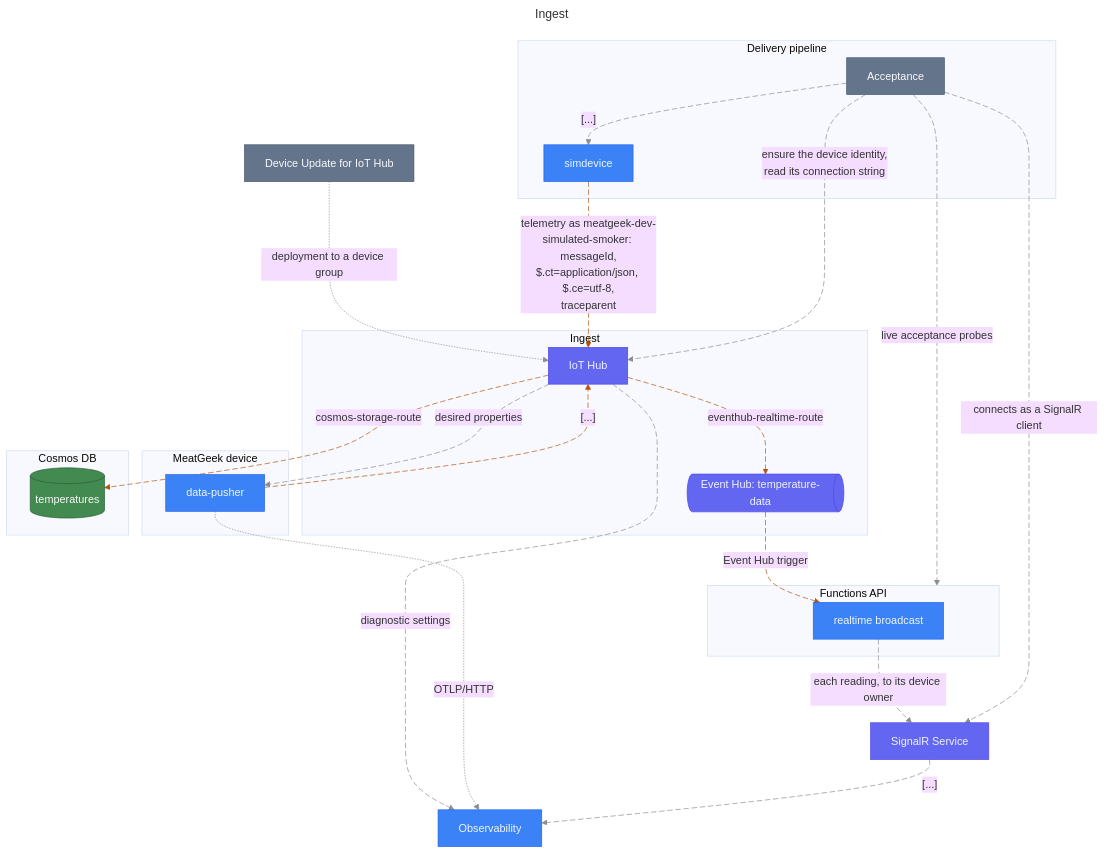
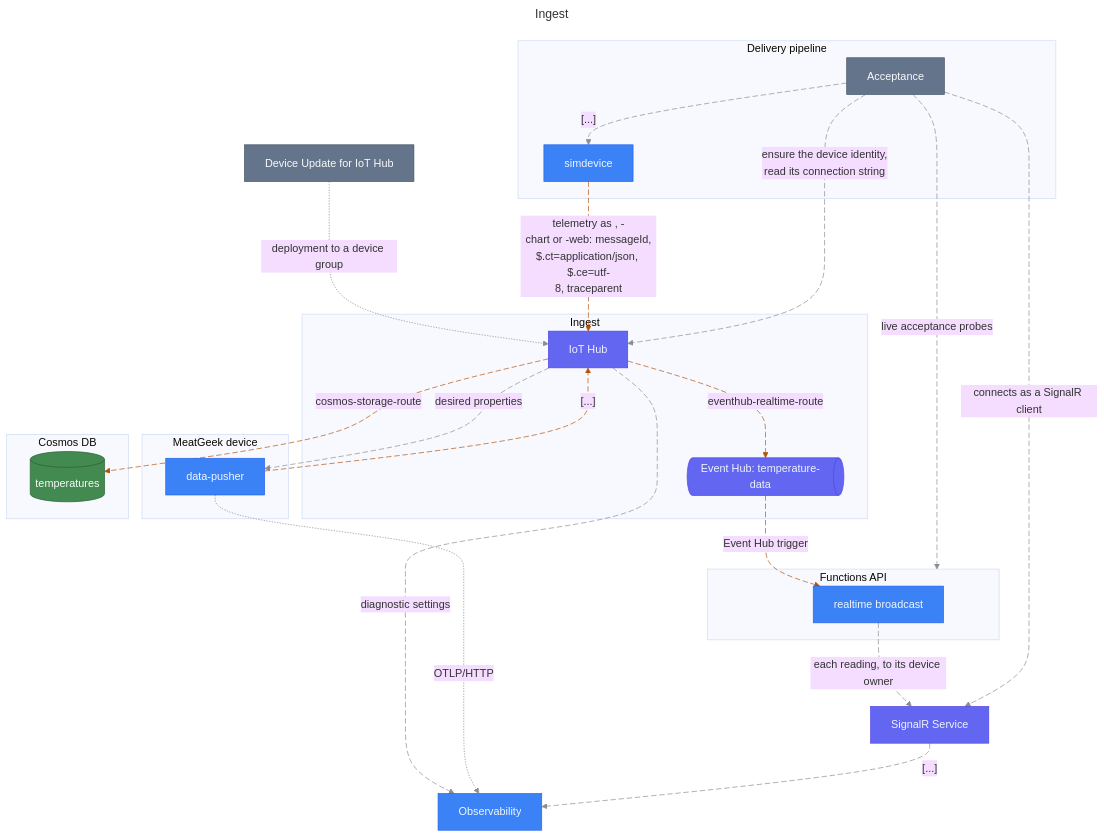
Before and after one commit to stevebargelt/meatgeekv2: the seventh of 17 diagrams in docs/architecture/diagrams.md, drawn with Mermaid (base theme). The commit also changed other lines of this file and 11 other files, not shown here.

First line of the commit message:
docs(architecture): HAR-103 draw the live web app, the chart read model, Vercel and the browser tests

````diff
--- a/docs/architecture/diagrams.md
+++ b/docs/architecture/diagrams.md
@@ -552,58 +608,58 @@
 ```mermaid
 ---
 title: "Ingest"
 ---
 graph TB
   MeatgeekCloudDeviceupdate@{ shape: rectangle, label: "Device Update for IoT Hub" }
   subgraph Delivery["`Delivery pipeline`"]
     Delivery.Acceptance@{ shape: rectangle, label: "Acceptance" }
     Delivery.Simdevice@{ shape: rectangle, label: "simdevice" }
   end
   subgraph MeatgeekCloudIngest["`Ingest`"]
     MeatgeekCloudIngest.Iothub@{ shape: rectangle, label: "IoT Hub" }
     MeatgeekCloudIngest.Eventhub@{ shape: horizontal-cylinder, label: "Event Hub: temperature-data" }
   end
   subgraph MeatgeekEdge["`MeatGeek device`"]
     MeatgeekEdge.Pusher@{ shape: rectangle, label: "data-pusher" }
   end
   subgraph MeatgeekCloudData["`Cosmos DB`"]
     MeatgeekCloudData.Temperatures@{ shape: cylinder, label: "temperatures" }
   end
   subgraph MeatgeekCloudApi["`Functions API`"]
     MeatgeekCloudApi.Broadcast@{ shape: rectangle, label: "realtime broadcast" }
   end
   MeatgeekCloudRealtime@{ shape: rectangle, label: "SignalR Service" }
   MeatgeekCloudObservability@{ shape: rectangle, label: "Observability" }
   MeatgeekCloudDeviceupdate -. "`deployment to a device group`" .-> MeatgeekCloudIngest.Iothub
   MeatgeekCloudIngest.Iothub -. "`eventhub-realtime-route`" .-> MeatgeekCloudIngest.Eventhub
   MeatgeekCloudIngest.Iothub -. "`diagnostic settings`" .-> MeatgeekCloudObservability
   MeatgeekCloudIngest.Iothub -. "`desired properties`" .-> MeatgeekEdge.Pusher
   MeatgeekEdge.Pusher -. "`[...]`" .-> MeatgeekCloudIngest.Iothub
   MeatgeekEdge.Pusher -. "`OTLP/HTTP`" .-> MeatgeekCloudObservability
   MeatgeekCloudIngest.Iothub -. "`cosmos-storage-route`" .-> MeatgeekCloudData.Temperatures
   MeatgeekCloudIngest.Eventhub -. "`Event Hub trigger`" .-> MeatgeekCloudApi.Broadcast
   MeatgeekCloudApi.Broadcast -. "`each reading, to its device owner`" .-> MeatgeekCloudRealtime
   MeatgeekCloudRealtime -. "`[...]`" .-> MeatgeekCloudObservability
-  Delivery.Simdevice -. "`telemetry as meatgeek-dev-
-simulated-smoker: messageId,
-$.ct=application/json, $.ce=utf-8,
-traceparent`" .-> MeatgeekCloudIngest.Iothub
+  Delivery.Simdevice -. "`telemetry as <sim>, <sim>-
+chart or <sim>-web: messageId,
+$.ct=application/json, $.ce=utf-
+8, traceparent`" .-> MeatgeekCloudIngest.Iothub
   Delivery.Acceptance -. "`ensure the device identity,
 read its connection string`" .-> MeatgeekCloudIngest.Iothub
   Delivery.Acceptance -. "`connects as a SignalR client`" .-> MeatgeekCloudRealtime
   Delivery.Acceptance -. "`[...]`" .-> Delivery.Simdevice
   Delivery.Acceptance -. "`live acceptance probes`" .-> MeatgeekCloudApi
   classDef muted fill:#64748b,stroke:#475569,color:#f8fafc
   class MeatgeekCloudDeviceupdate muted
   classDef slate fill:#64748b,stroke:#475569,color:#f8fafc
   class Delivery.Acceptance slate
   classDef primary fill:#3b82f6,stroke:#2563eb,color:#eff6ff
   class Delivery.Simdevice,MeatgeekEdge.Pusher,MeatgeekCloudApi.Broadcast,MeatgeekCloudObservability primary
   classDef indigo fill:#6366f1,stroke:#4f46e5,color:#eef2ff
   class MeatgeekCloudIngest.Iothub,MeatgeekCloudIngest.Eventhub,MeatgeekCloudRealtime indigo
   classDef green fill:#428a4f,stroke:#2d5d39,color:#f8fafc
   class MeatgeekCloudData.Temperatures green
   linkStyle 0,5 stroke:#8D8D8D
   linkStyle 1,4,6,7,10 stroke:#b45309,stroke-dasharray:8 4
   linkStyle 2,3,8,9,11,12,13,14 stroke:#8D8D8D,stroke-dasharray:8 4
 ```
````
